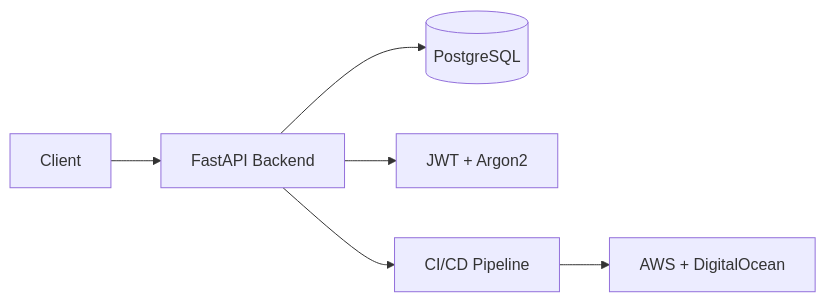
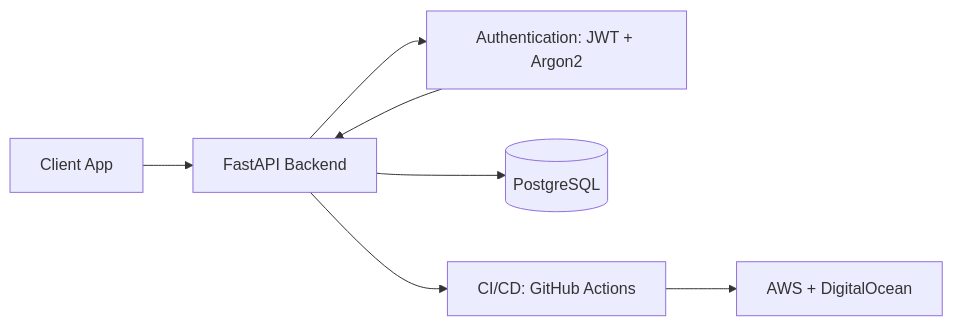
Before and after one commit to emmanueleEgbo/social-media-type-api: the diagram in README.md, drawn with Mermaid.

Commit message:
Update architecture diagram in README.md

````diff
--- a/README.md
+++ b/README.md
@@ -37,8 +37,9 @@
 ```mermaid
 flowchart LR
-    Client[Client] --> API[FastAPI Backend]
+    Client[Client App] --> API[FastAPI Backend]
+    API --> AUTH[Authentication: JWT + Argon2]
+    AUTH --> API
     API --> DB[(PostgreSQL)]
-    API --> AUTH[JWT + Argon2]
-    API --> CI/CD[CI/CD Pipeline]
+    API --> CI/CD[CI/CD: GitHub Actions]
     CI/CD --> CLOUD[AWS + DigitalOcean]
 ```
````
